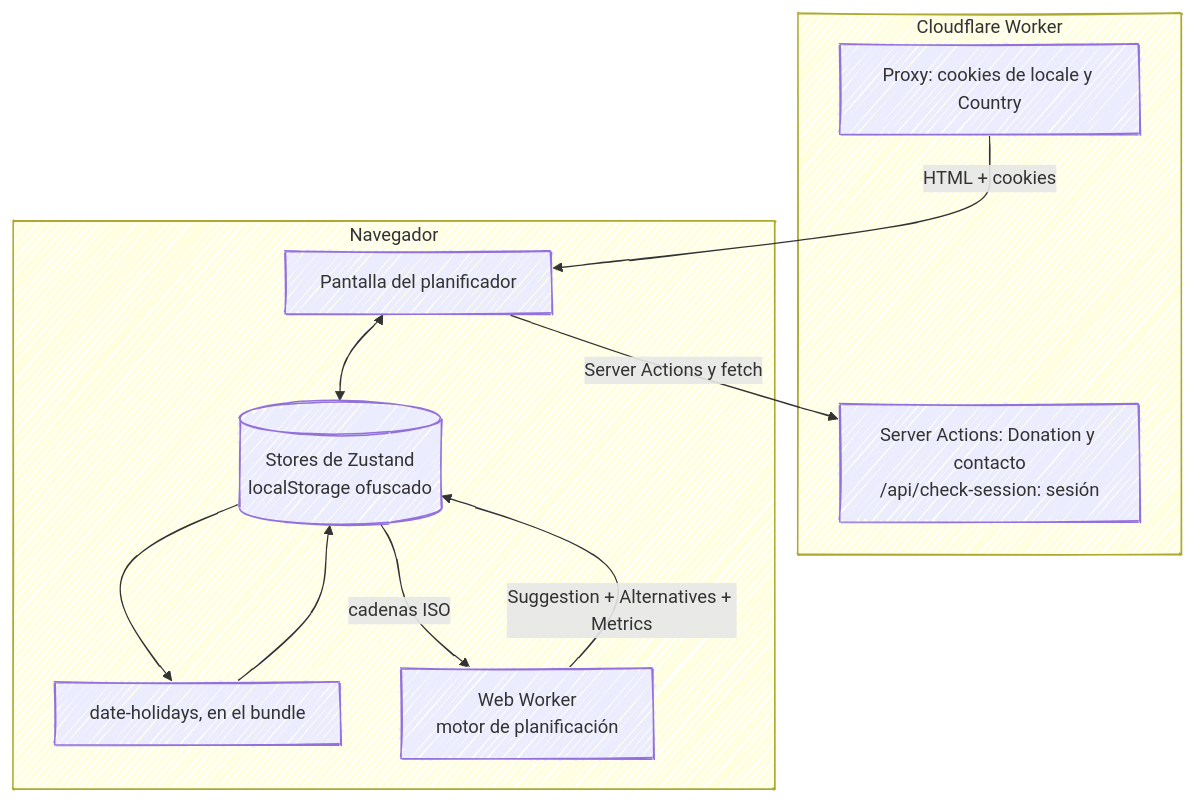
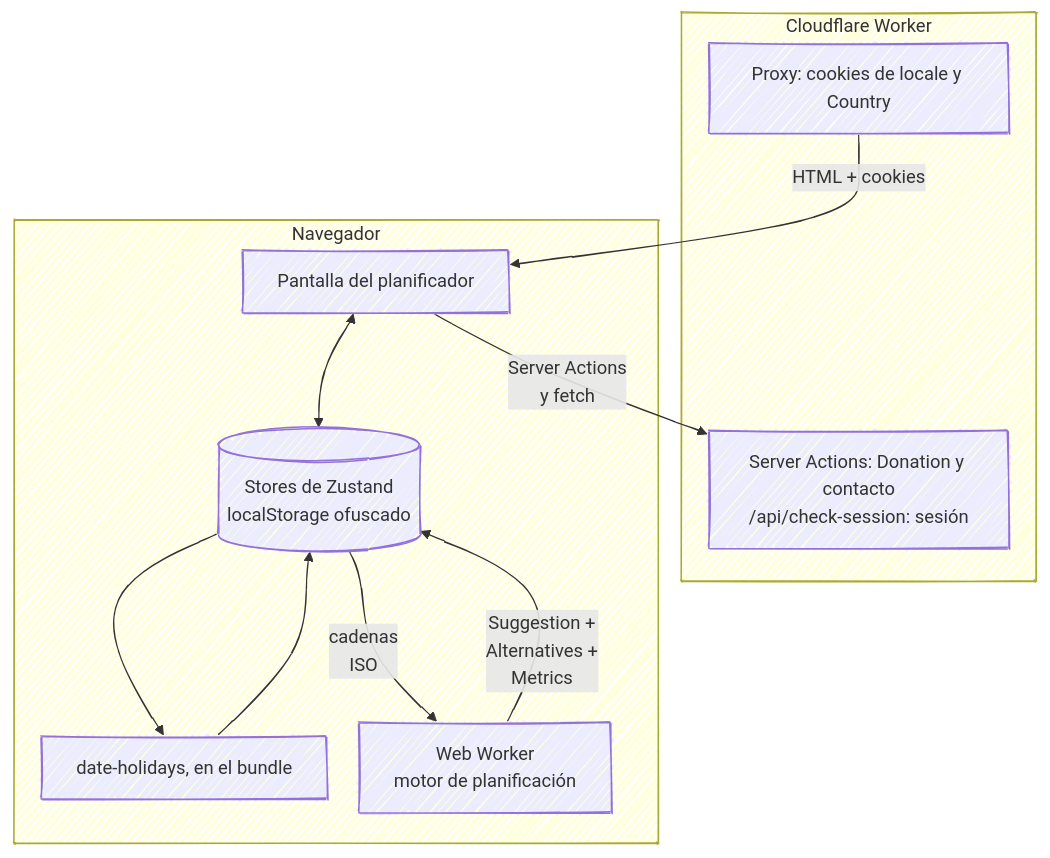
One commit to fbuireu/forever-pto changed the diagram in apps/docs/src/content/docs/es/index.mdx. Above: the diagram before and after it, drawn with Mermaid. The commit also changed 26 other files, not shown here.

First line of the commit message:
docs(diagrams): fix split words, overlaps and oversized Mermaid diagrams

````diff
--- a/apps/docs/src/content/docs/es/index.mdx
+++ b/apps/docs/src/content/docs/es/index.mdx
@@ -28,23 +28,26 @@
 ```mermaid
 ---
 config:
   look: handDrawn
   layout: dagre
+  flowchart:
+    nodeSpacing: 25
+    rankSpacing: 50
 ---
 flowchart TB
   subgraph edge [Cloudflare Worker]
     PX["Proxy: cookies de locale y Country"]
     API["Server Actions: Donation y contacto<br/>/api/check-session: sesión"]
   end
   subgraph browser [Navegador]
     ST[(Stores de Zustand<br/>localStorage ofuscado)]
     HOL[date-holidays, en el bundle]
     UI[Pantalla del planificador]
     WK[Web Worker<br/>motor de planificación]
   end
   PX -->|HTML + cookies| UI
   UI <--> ST
   ST --> HOL --> ST
-  ST -->|cadenas ISO| WK -->|Suggestion + Alternatives + Metrics| ST
-  UI -->|Server Actions y fetch| API
+  ST -->|cadenas<br/>ISO| WK -->|Suggestion +<br/>Alternatives +<br/>Metrics| ST
+  UI -->|Server Actions<br/>y fetch| API
 ```
````
